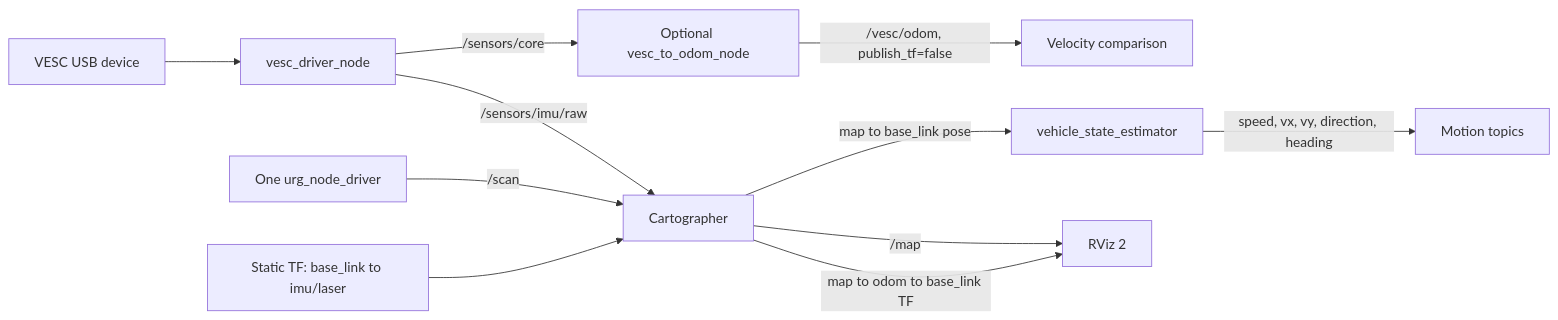
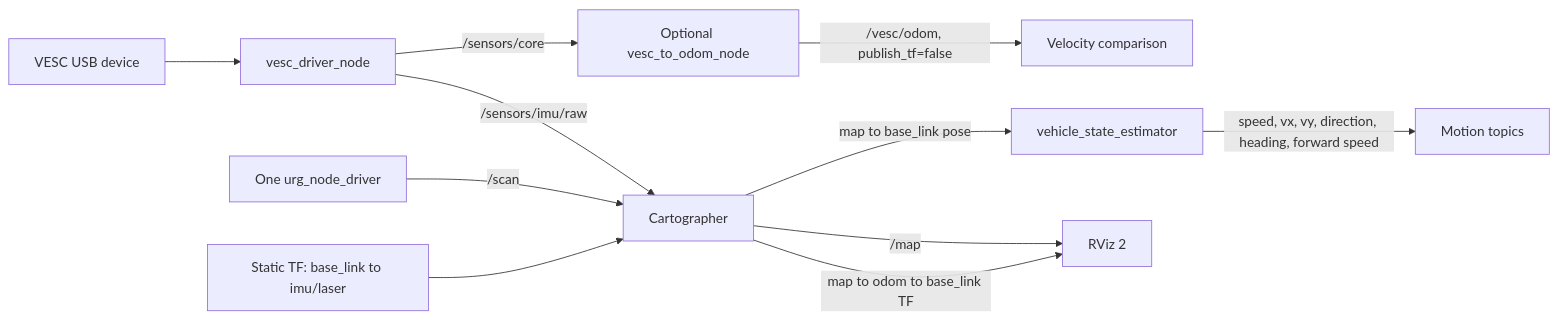
The diagram in README.md (YatmingLuk/F1-Tenth), drawn with Mermaid before and after one commit. The commit also changed other lines of this file and 10 other files, not shown here.

Commit message:
feat: add validated Cartographer forward speed

````diff
--- a/README.md
+++ b/README.md
@@ -34,13 +36,13 @@
 ```mermaid
 flowchart LR
     USB[VESC USB device] --> DRIVER[vesc_driver_node]
     DRIVER -->|/sensors/imu/raw| CARTO[Cartographer]
     DRIVER -->|/sensors/core| ODOM[Optional vesc_to_odom_node]
     HOKUYO[One urg_node_driver] -->|/scan| CARTO
     TF[Static TF: base_link to imu/laser] --> CARTO
     ODOM -->|/vesc/odom, publish_tf=false| COMPARE[Velocity comparison]
     CARTO -->|map to base_link pose| STATE[vehicle_state_estimator]
-    STATE -->|speed, vx, vy, direction, heading| MOTION[Motion topics]
+    STATE -->|speed, vx, vy, direction, heading, forward speed| MOTION[Motion topics]
     CARTO -->|/map| RVIZ[RViz 2]
     CARTO -->|map to odom to base_link TF| RVIZ
 ```
````
